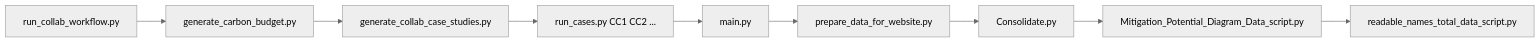
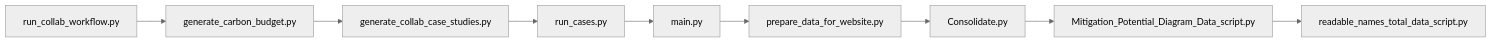
Before and after one commit to m-sgstyb/stevfns-gmpa: the second of 2 diagrams in add_collab_flow.md, drawn with Mermaid (neutral theme). The commit also changed other lines of this file and 1 other file, not shown here.

Commit message:
fix: mermaid diagram formatting

````diff
--- a/add_collab_flow.md
+++ b/add_collab_flow.md
@@ -113,11 +113,11 @@
 ```mermaid
 flowchart LR
     S1[run_collab_workflow.py] --> S2[generate_carbon_budget.py]
     S2 --> S3[generate_collab_case_studies.py]
-    S3 --> S4[run_cases.py CC1 CC2 ...]
+    S3 --> S4[run_cases.py]
     S4 --> S5[main.py]
     S5 --> S6[prepare_data_for_website.py]
     S6 --> S7[Consolidate.py]
     S7 --> S8[Mitigation_Potential_Diagram_Data_script.py]
     S8 --> S9[readable_names_total_data_script.py]
 ```
````
